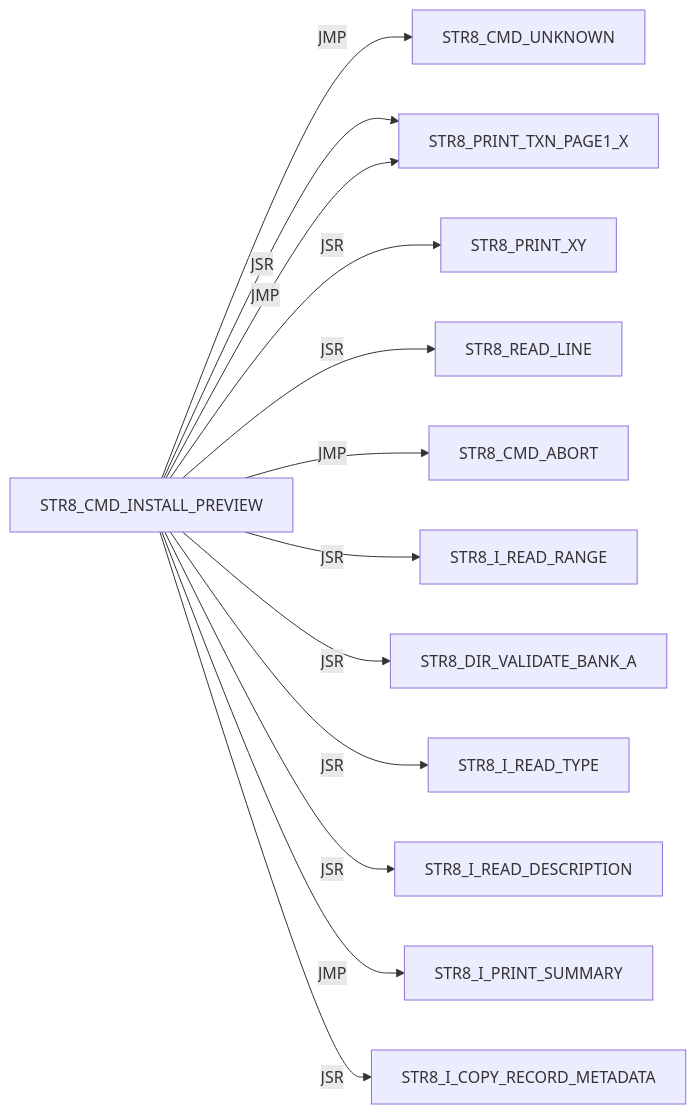
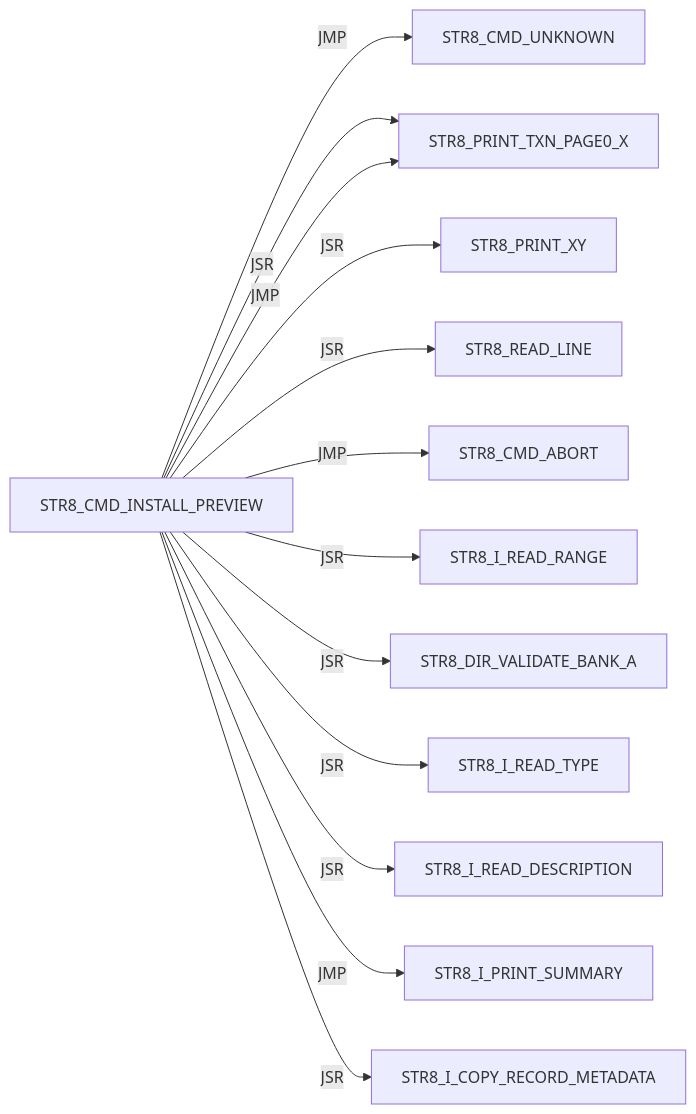
Diagram 36 of 43 in DOC/GUIDES/STR8/STR8_EDGE_DUMP.md (95westus/R-YORS), drawn with Mermaid before and after one commit. The commit also changed other lines of this file and 24 other files, not shown here.

````diff
--- a/DOC/GUIDES/STR8/STR8_EDGE_DUMP.md
+++ b/DOC/GUIDES/STR8/STR8_EDGE_DUMP.md
@@ -489,15 +489,15 @@
 ```mermaid
 flowchart LR
     N0["STR8_CMD_INSTALL_PREVIEW"] -->|JMP| N1["STR8_CMD_UNKNOWN"]
-    N0["STR8_CMD_INSTALL_PREVIEW"] -->|JSR| N2["STR8_PRINT_TXN_PAGE1_X"]
+    N0["STR8_CMD_INSTALL_PREVIEW"] -->|JSR| N2["STR8_PRINT_TXN_PAGE0_X"]
     N0["STR8_CMD_INSTALL_PREVIEW"] -->|JSR| N3["STR8_PRINT_XY"]
     N0["STR8_CMD_INSTALL_PREVIEW"] -->|JSR| N4["STR8_READ_LINE"]
     N0["STR8_CMD_INSTALL_PREVIEW"] -->|JMP| N5["STR8_CMD_ABORT"]
     N0["STR8_CMD_INSTALL_PREVIEW"] -->|JSR| N6["STR8_I_READ_RANGE"]
     N0["STR8_CMD_INSTALL_PREVIEW"] -->|JSR| N7["STR8_DIR_VALIDATE_BANK_A"]
     N0["STR8_CMD_INSTALL_PREVIEW"] -->|JSR| N8["STR8_I_READ_TYPE"]
     N0["STR8_CMD_INSTALL_PREVIEW"] -->|JSR| N9["STR8_I_READ_DESCRIPTION"]
     N0["STR8_CMD_INSTALL_PREVIEW"] -->|JMP| N10["STR8_I_PRINT_SUMMARY"]
     N0["STR8_CMD_INSTALL_PREVIEW"] -->|JSR| N11["STR8_I_COPY_RECORD_METADATA"]
-    N0["STR8_CMD_INSTALL_PREVIEW"] -->|JMP| N2["STR8_PRINT_TXN_PAGE1_X"]
+    N0["STR8_CMD_INSTALL_PREVIEW"] -->|JMP| N2["STR8_PRINT_TXN_PAGE0_X"]
 ```
````
